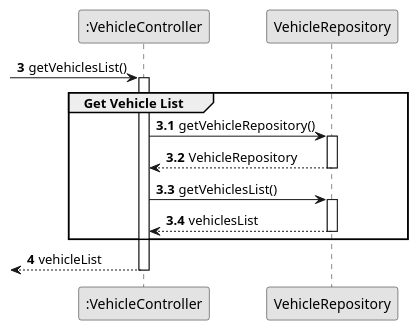
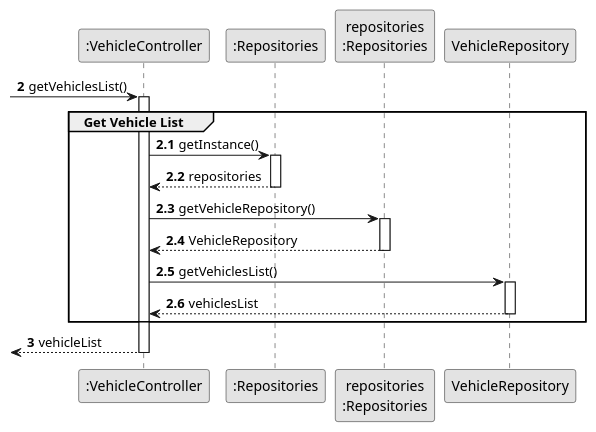
The diagram in docs/sprintB/us008/03.design/puml/us008-sequence-diagram-partial-get-vehicle-list.puml (RicardoMorim/lapr2-ISEP-Project), drawn with PlantUML before and after one commit. The commit also changed 7 other files, not shown here.

```diff
--- a/docs/sprintB/us008/03.design/puml/us008-sequence-diagram-partial-get-vehicle-list.puml
+++ b/docs/sprintB/us008/03.design/puml/us008-sequence-diagram-partial-get-vehicle-list.puml
@@ -1,38 +1,46 @@
 @startuml
 skinparam monochrome true
 skinparam packageStyle rectangle
 skinparam shadowing false
 
 autonumber
 
 'hide footbox
 
 participant ":VehicleController" as CTRL
+participant ":Repositories" as RepositorySingleton
+participant "repositories\n:Repositories" as PLAT
 
-autonumber 3
+autonumber 2
 
  -> CTRL : getVehiclesList()
-autonumber 3.1
+autonumber 2.1
 activate CTRL
     group Get Vehicle List
 
-            CTRL ->VehicleRepository : getVehicleRepository()
-            activate VehicleRepository
+CTRL -> RepositorySingleton : getInstance()
+        activate RepositorySingleton
 
-            VehicleRepository --> CTRL: VehicleRepository
-            deactivate VehicleRepository
+            RepositorySingleton --> CTRL: repositories
+        deactivate RepositorySingleton
 
-            CTRL -> VehicleRepository : getVehiclesList()
-            activate VehicleRepository
+        CTRL -> PLAT : getVehicleRepository()
+        activate PLAT
 
-            VehicleRepository --> CTRL : vehiclesList
-            deactivate VehicleRepository
+            PLAT --> CTRL: VehicleRepository
+        deactivate PLAT
+
+        CTRL -> VehicleRepository : getVehiclesList()
+        activate VehicleRepository
+
+        VehicleRepository --> CTRL : vehiclesList
+        deactivate VehicleRepository
 
     end
 
-    autonumber 4
+    autonumber 3
     <-- CTRL  : vehicleList
 deactivate CTRL
 
 
 @enduml
```
